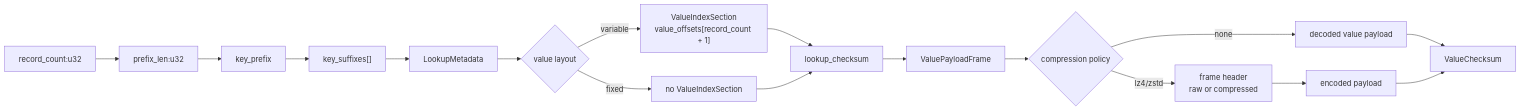
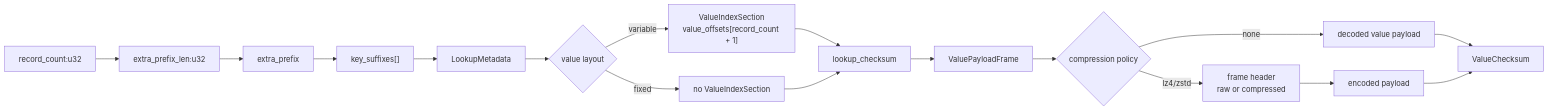
Before and after one commit to wangl-cc/evo-ssa-tools: the fourth of 7 diagrams in crates/segment-cache-store/docs/design.md, drawn with Mermaid. The commit also changed other lines of this file and 38 other files, not shown here.

````diff
--- a/crates/segment-cache-store/docs/design.md
+++ b/crates/segment-cache-store/docs/design.md
@@ -380,19 +381,19 @@
 ```mermaid
 flowchart LR
-  RecordCount["record_count:u32"] --> PrefixLen["prefix_len:u32"]
-  PrefixLen --> Prefix["key_prefix"]
+  RecordCount["record_count:u32"] --> PrefixLen["extra_prefix_len:u32"]
+  PrefixLen --> Prefix["extra_prefix"]
   Prefix --> Suffixes["key_suffixes[]"]
   Suffixes --> Metadata["LookupMetadata"]
   Metadata --> Layout{"value layout"}
   Layout -->|variable| Offsets["ValueIndexSection<br/>value_offsets[record_count + 1]"]
   Layout -->|fixed| NoOffsets["no ValueIndexSection"]
   Offsets --> LookupChecksum["lookup_checksum"]
   NoOffsets --> LookupChecksum
   LookupChecksum --> Payload["ValuePayloadFrame"]
   Payload --> FrameKind{"compression policy"}
   FrameKind -->|none| RawPayload["decoded value payload"]
   FrameKind -->|lz4/zstd| PayloadHeader["frame header<br/>raw or compressed"]
   PayloadHeader --> EncodedPayload["encoded payload"]
   RawPayload --> ValueChecksum
   EncodedPayload --> ValueChecksum
 ```
````
